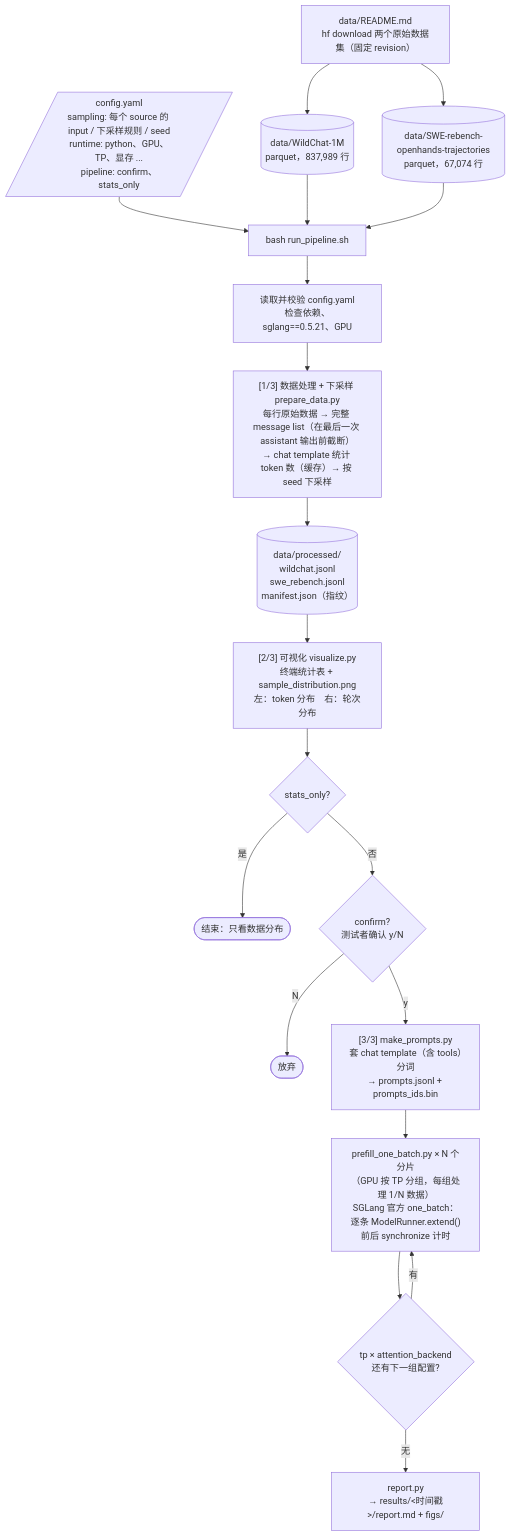
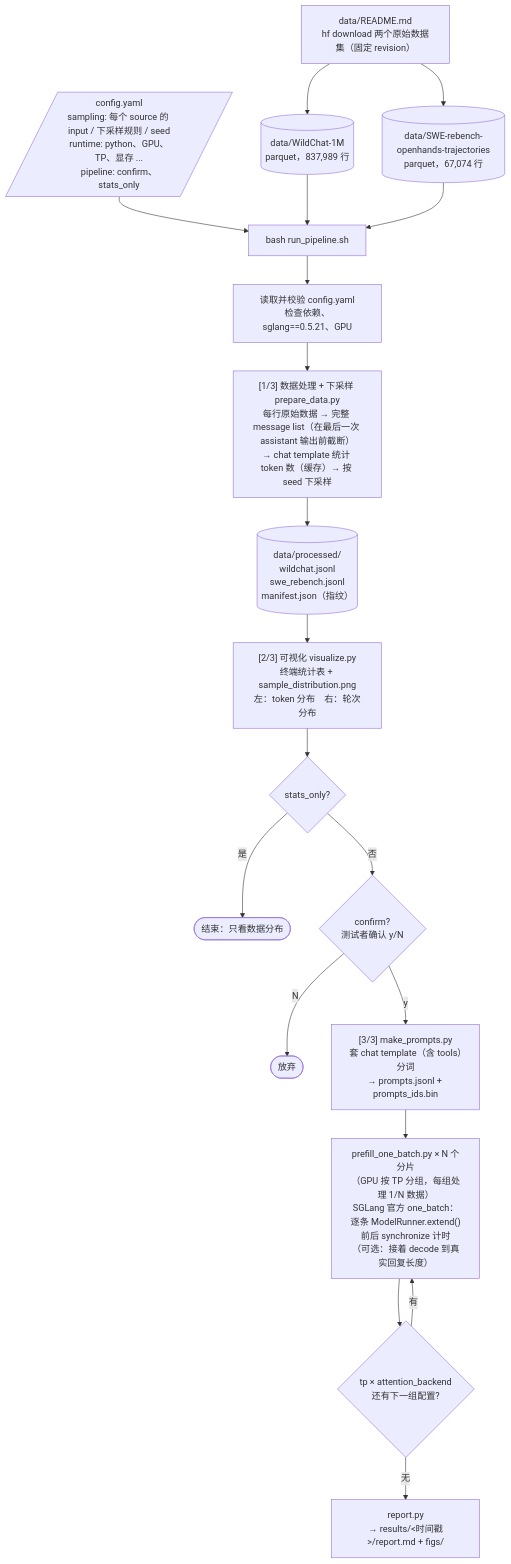
Before and after one commit to RebeccaZhang22/PrefillBench: the diagram in README.md, drawn with Mermaid. The commit also changed other lines of this file and 8 other files, not shown here.

````diff
--- a/README.md
+++ b/README.md
@@ -26,23 +26,23 @@
 ```mermaid
 flowchart TD
     D0["data/README.md<br/>hf download 两个原始数据集（固定 revision）"] --> A1[("data/WildChat-1M<br/>parquet，837,989 行")]
     D0 --> A2[("data/SWE-rebench-openhands-trajectories<br/>parquet，67,074 行")]
 
     Y[/"config.yaml<br/>sampling: 每个 source 的 input / 下采样规则 / seed<br/>runtime: python、GPU、TP、显存 ...<br/>pipeline: confirm、stats_only"/] --> R
     A1 --> R["bash run_pipeline.sh"]
     A2 --> R
 
     R --> S0["读取并校验 config.yaml<br/>检查依赖、sglang==0.5.21、GPU"]
     S0 --> S1["[1/3] 数据处理 + 下采样 prepare_data.py<br/>每行原始数据 → 完整 message list（在最后一次 assistant 输出前截断）<br/>→ chat template 统计 token 数（缓存）→ 按 seed 下采样"]
     S1 --> O[("data/processed/<br/>wildchat.jsonl<br/>swe_rebench.jsonl<br/>manifest.json（指纹）")]
     O --> S2["[2/3] 可视化 visualize.py<br/>终端统计表 + sample_distribution.png<br/>左：token 分布　右：轮次分布"]
     S2 --> Q{"stats_only?"}
     Q -- 是 --> END1(["结束：只看数据分布"])
     Q -- 否 --> K{"confirm?<br/>测试者确认 y/N"}
     K -- N --> END2(["放弃"])
     K -- y --> S3a["[3/3] make_prompts.py<br/>套 chat template（含 tools）分词<br/>→ prompts.jsonl + prompts_ids.bin"]
-    S3a --> S3b["prefill_one_batch.py × N 个分片<br/>（GPU 按 TP 分组，每组处理 1/N 数据）<br/>SGLang 官方 one_batch：逐条 ModelRunner.extend()<br/>前后 synchronize 计时"]
+    S3a --> S3b["prefill_one_batch.py × N 个分片<br/>（GPU 按 TP 分组，每组处理 1/N 数据）<br/>SGLang 官方 one_batch：逐条 ModelRunner.extend()<br/>前后 synchronize 计时<br/>（可选：接着 decode 到真实回复长度）"]
     S3b --> L{"tp × attention_backend<br/>还有下一组配置?"}
     L -- 有 --> S3b
     L -- 无 --> S4["report.py<br/>→ results/&lt;时间戳&gt;/report.md + figs/"]
 ```
````
